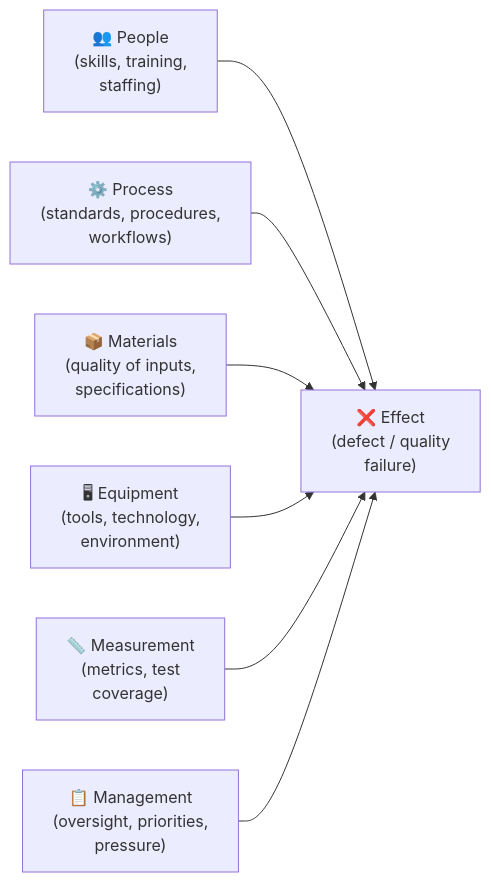
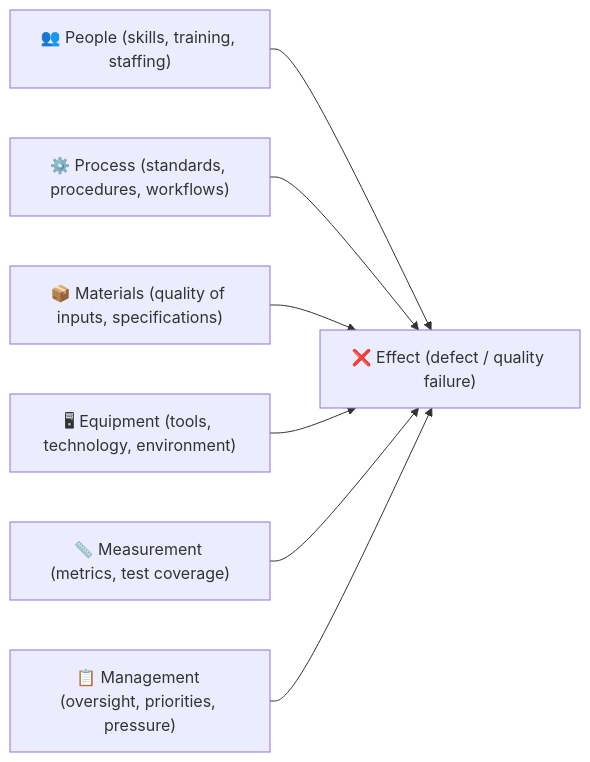
The second of 4 diagrams in modules/12-quality-management.md (UncleJS/course_projectManagement), drawn with Mermaid before and after one commit. The commit also changed other lines of this file and 16 other files, not shown here.

Commit message:
Fix Mermaid rendering: remove literal \n from all diagram labels; quote unquoted & in flowchart nodes

````diff
--- a/modules/12-quality-management.md
+++ b/modules/12-quality-management.md
@@ -305,16 +305,16 @@
 ```mermaid
 flowchart LR
-    PE["👥 People\n(skills, training,\nstaffing)"]
-    PR["⚙️ Process\n(standards, procedures,\nworkflows)"]
-    MA["📦 Materials\n(quality of inputs,\nspecifications)"]
-    EQ["🖥 Equipment\n(tools, technology,\nenvironment)"]
-    ME["📏 Measurement\n(metrics, test\ncoverage)"]
-    MG["📋 Management\n(oversight, priorities,\npressure)"]
-    EF["❌ Effect\n(defect / quality\nfailure)"]
+    PE["👥 People (skills, training, staffing)"]
+    PR["⚙️ Process (standards, procedures, workflows)"]
+    MA["📦 Materials (quality of inputs, specifications)"]
+    EQ["🖥 Equipment (tools, technology, environment)"]
+    ME["📏 Measurement (metrics, test coverage)"]
+    MG["📋 Management (oversight, priorities, pressure)"]
+    EF["❌ Effect (defect / quality failure)"]
     PE --> EF
     PR --> EF
     MA --> EF
     EQ --> EF
     ME --> EF
     MG --> EF
 ```
````
